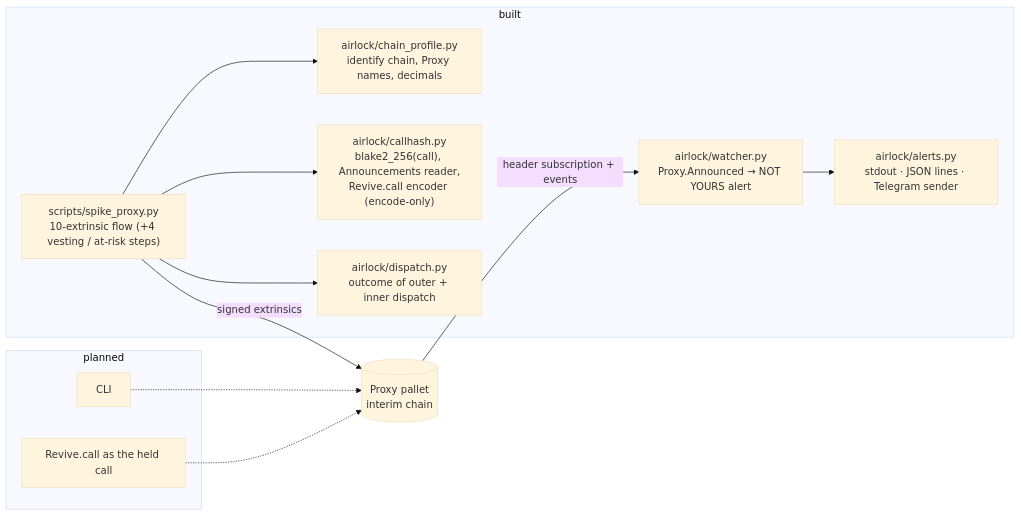
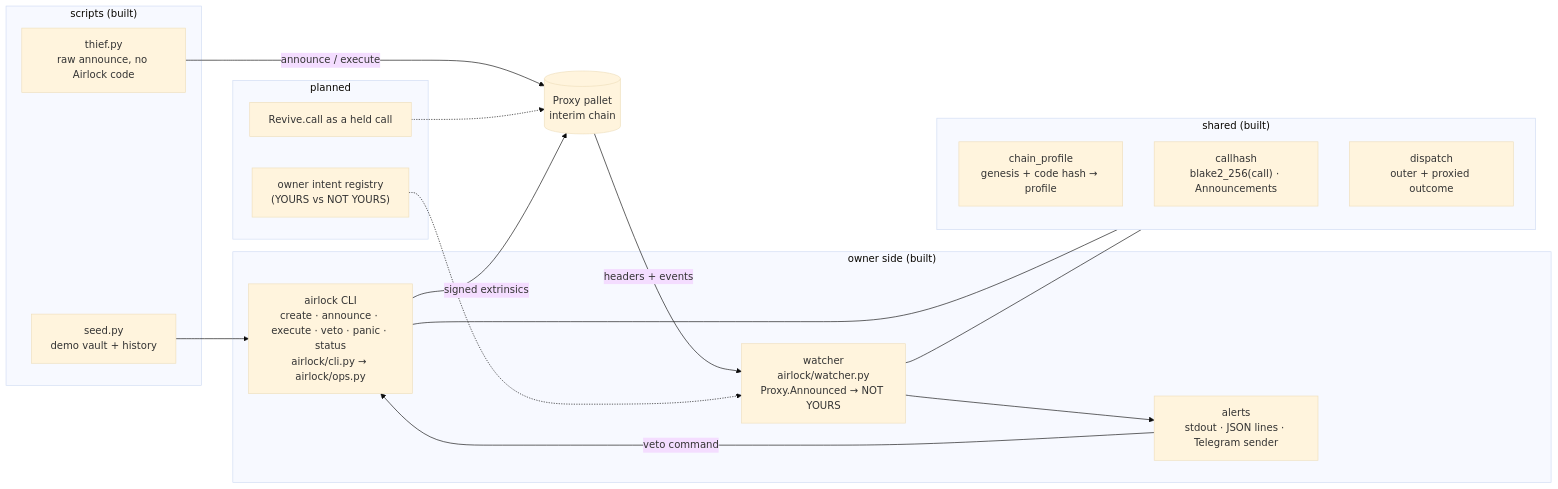
One commit to edycutjong/portaldot-hackathon-2026-airlock-edycu changed the diagram in README.md. Above: the diagram before and after it, drawn with Mermaid (base theme). The commit also changed other lines of this file and 6 other files, not shown here.

Commit message:
README v1: CLI, seed, thief and the end-to-end run; profile table with local endpoint + genesis hash + label; architecture diagram of what exists; 224 tests (3.11.1 + 3.10.20); PROOF.md: e2e thief + veto rows re-fetched, how to read seed and e2e runs; V3 DNS NXDOMAIN 15:27 UTC

````diff
--- a/README.md
+++ b/README.md
@@ -49,23 +53,32 @@
 ```mermaid
 flowchart LR
-  subgraph built["built"]
-    CP["airlock/chain_profile.py<br/>identify chain, Proxy names, decimals"]
-    CH["airlock/callhash.py<br/>blake2_256(call), Announcements reader,<br/>Revive.call encoder (encode-only)"]
-    DP["airlock/dispatch.py<br/>outcome of outer + inner dispatch"]
-    SP["scripts/spike_proxy.py<br/>10-extrinsic flow (+4 vesting / at-risk steps)"]
-    W["airlock/watcher.py<br/>Proxy.Announced → NOT YOURS alert"]
-    AL["airlock/alerts.py<br/>stdout · JSON lines · Telegram sender"]
+  subgraph owner["owner side (built)"]
+    CLI["airlock CLI<br/>create · announce · execute · veto · panic · status<br/>airlock/cli.py → airlock/ops.py"]
+    W["watcher<br/>airlock/watcher.py<br/>Proxy.Announced → NOT YOURS"]
+    AL["alerts<br/>stdout · JSON lines · Telegram sender"]
+  end
+  subgraph core["shared (built)"]
+    CP["chain_profile<br/>genesis + code hash → profile"]
+    CH["callhash<br/>blake2_256(call) · Announcements"]
+    DP["dispatch<br/>outer + proxied outcome"]
+  end
+  subgraph scripts["scripts (built)"]
+    SEED["seed.py<br/>demo vault + history"]
+    TH["thief.py<br/>raw announce, no Airlock code"]
   end
   subgraph planned["planned"]
-    CLI["CLI"]
-    REV["Revive.call as the held call"]
+    REG["owner intent registry<br/>(YOURS vs NOT YOURS)"]
+    REV["Revive.call as a held call"]
   end
-  SP --> CP
-  SP --> CH
-  SP --> DP
-  SP -->|"signed extrinsics"| N[("Proxy pallet<br/>interim chain")]
-  N -->|"header subscription + events"| W
+  N[("Proxy pallet<br/>interim chain")]
+  CLI -->|"signed extrinsics"| N
+  SEED --> CLI
+  TH -->|"announce / execute"| N
+  N -->|"headers + events"| W
   W --> AL
-  CLI -.-> N
+  AL -->|"veto command"| CLI
+  CLI --- core
+  W --- core
+  REG -.-> W
   REV -.-> N
 ```
````
